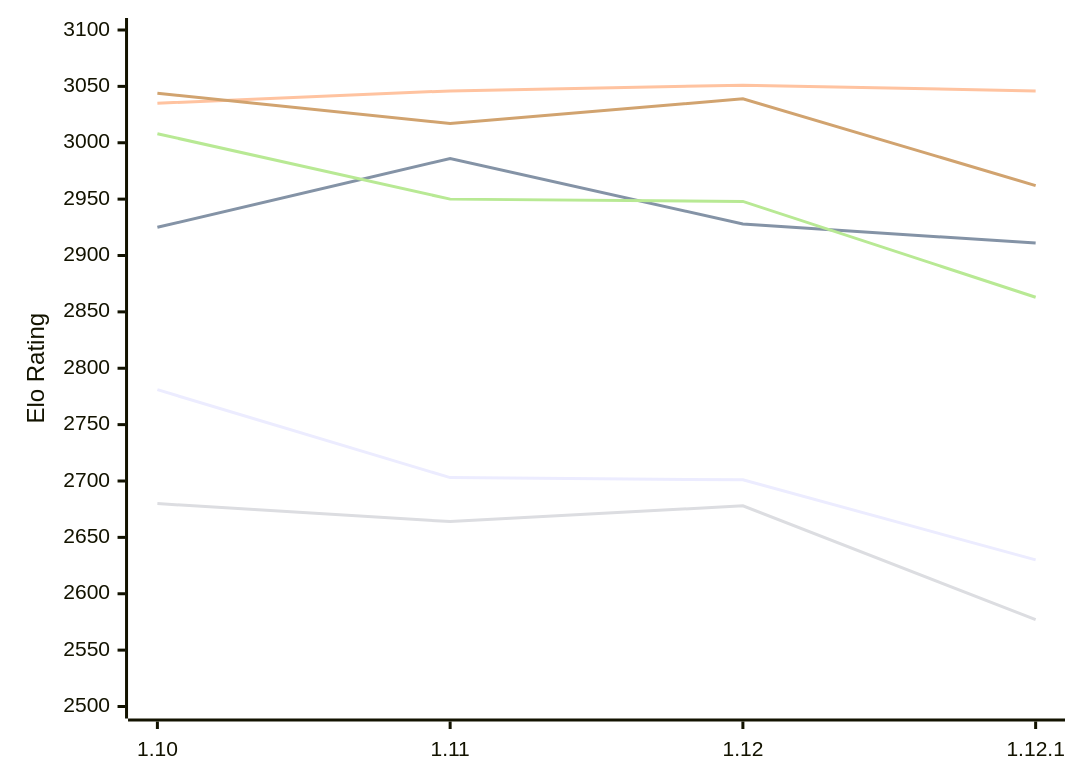
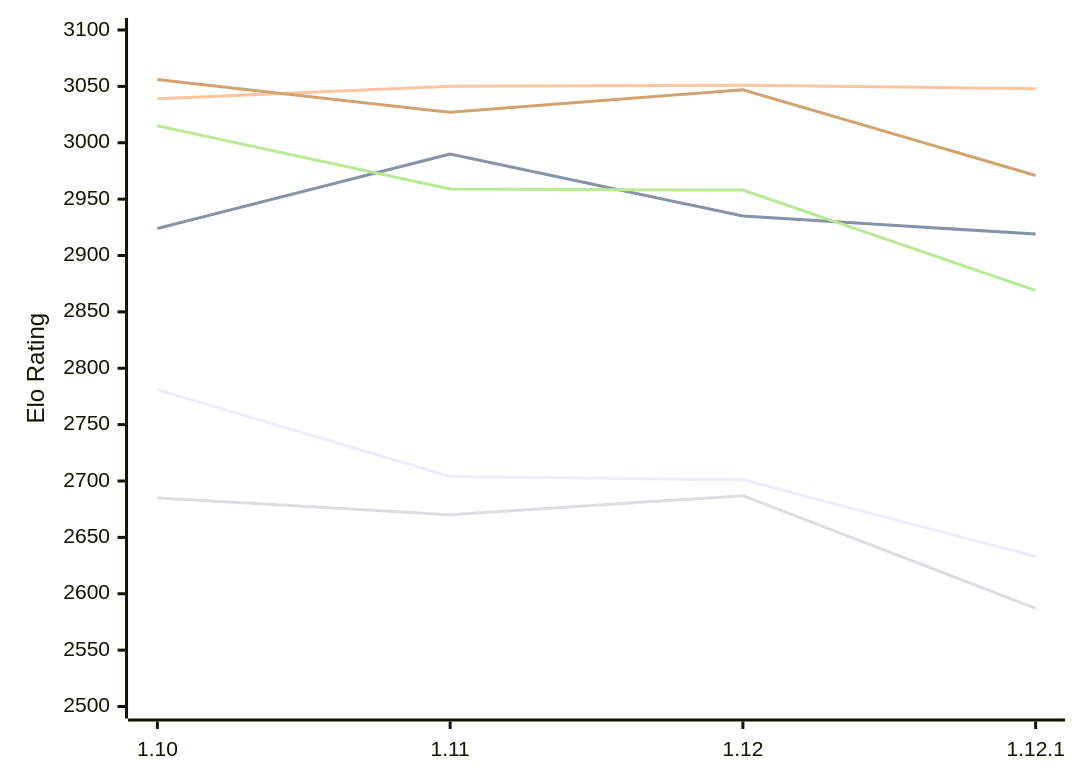
Before and after one commit to computer-chess-index/cci: the first of 2 diagrams in engines/Roc.md, drawn with Mermaid. The commit also changed other lines of this file, not shown here.

Commit message:
Update CCI Ratings (ELO VLTC) - 2026-11-25

````diff
--- a/engines/Roc.md
+++ b/engines/Roc.md
@@ -54,12 +54,12 @@
 ```mermaid
 %%{init: {"theme":"base","themeVariables":{"seriesColors:['#a3a3a3','#222221','#faa371']}}}%%
 xychart-beta
   x-axis ["1.10", "1.11", "1.12", "1.12.1"]
   y-axis "Elo Rating" 2500 --> 3100
-  line "E1: STC (8.0+0.08s)" [2781, 2703, 2701, 2630]
-  line "E1: LTC (60.0+0.60s)" [2925, 2986, 2928, 2911]
-  line "E1: VLTC (2m24s+1.12s)" [3035, 3046, 3051, 3046]
-  line "P1: STC (8.0+0.08s)" [2680, 2664, 2678, 2577]
-  line "P1: LTC (60.0+0.60s)" [3008, 2950, 2948, 2863]
-  line "P1: VLTC (2m24s+1.12s)" [3044, 3017, 3039, 2962]
+  line "E1: STC (8.0+0.08s)" [2781, 2704, 2701, 2633]
+  line "E1: LTC (60.0+0.60s)" [2924, 2990, 2935, 2919]
+  line "E1: VLTC (2m24s+1.12s)" [3039, 3050, 3051, 3048]
+  line "P1: STC (8.0+0.08s)" [2685, 2670, 2687, 2587]
+  line "P1: LTC (60.0+0.60s)" [3015, 2959, 2958, 2869]
+  line "P1: VLTC (2m24s+1.12s)" [3056, 3027, 3047, 2971]
 ```
````
